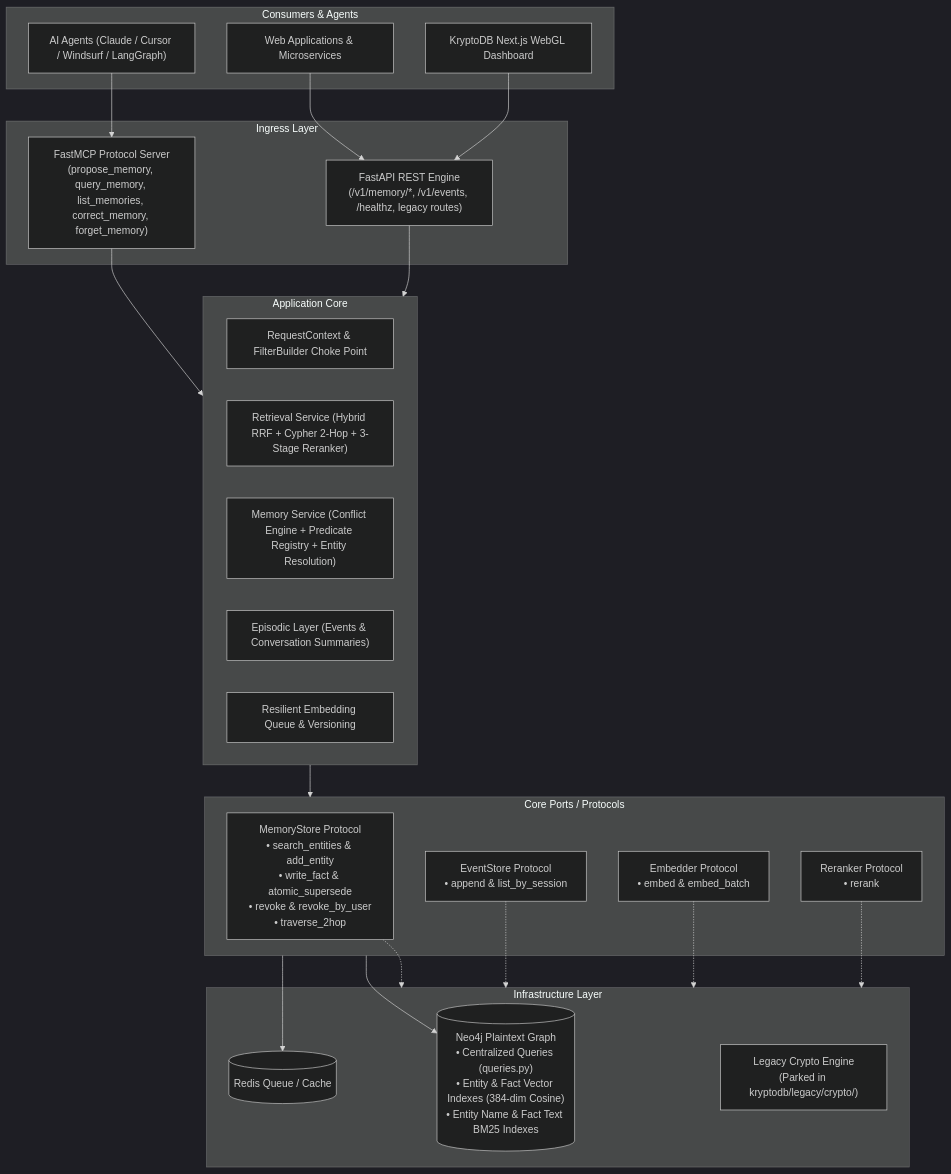
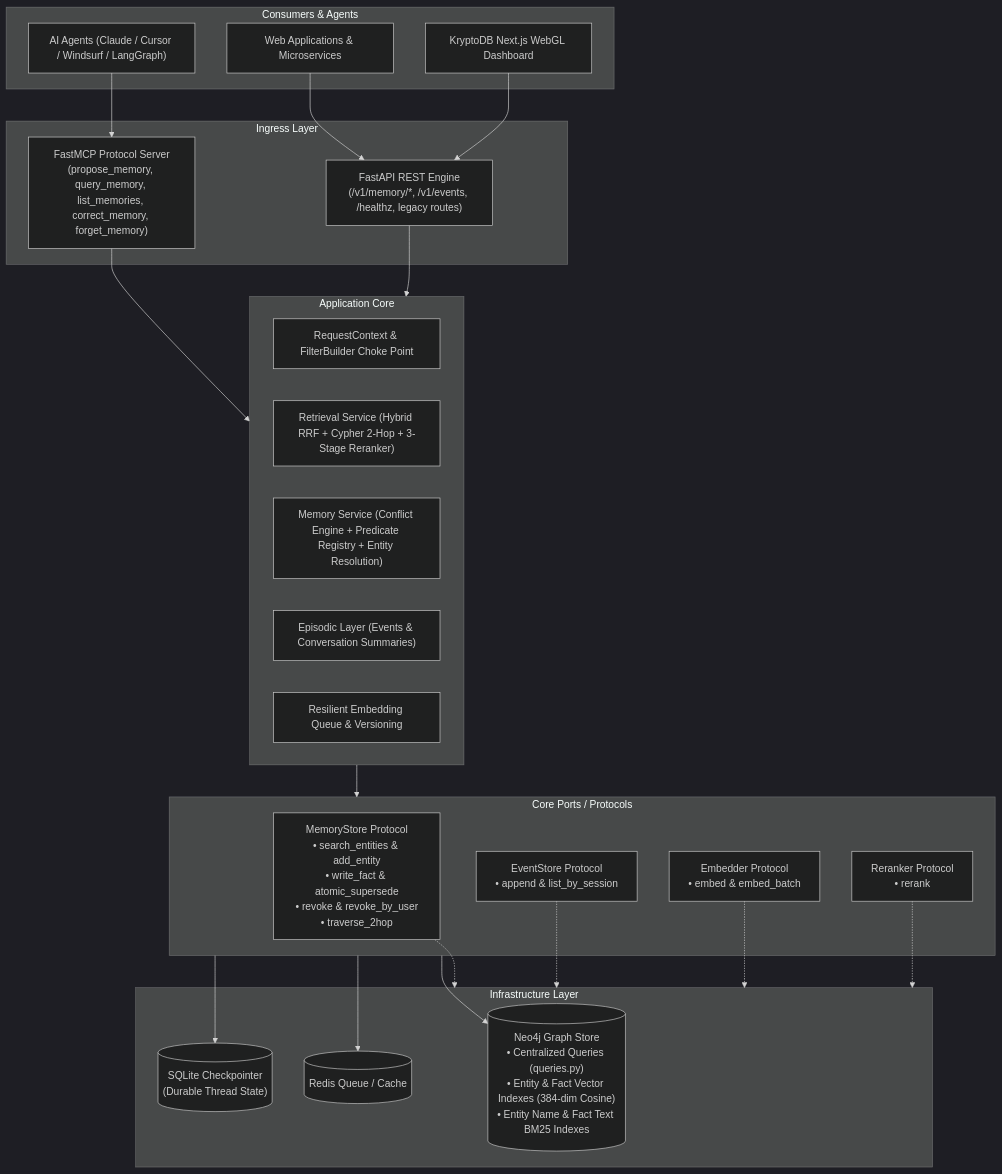
Before and after one commit to HarK-github/KryptoDB: the diagram in README.md, drawn with Mermaid (dark theme). The commit also changed other lines of this file and 3 other files, not shown here.

First line of the commit message:
docs: add comprehensive system architecture spec and complete file-by-file catalog

````diff
--- a/README.md
+++ b/README.md
@@ -47,50 +47,51 @@
 ```mermaid
 flowchart TD
     subgraph Consumers ["Consumers & Agents"]
         Agent_MCP["AI Agents (Claude / Cursor / Windsurf / LangGraph)"]
         Client_App["Web Applications & Microservices"]
         UI_Dash["KryptoDB Next.js WebGL Dashboard"]
     end
 
     subgraph Interfaces ["Ingress Layer"]
         MCP_Server["FastMCP Protocol Server<br/>(propose_memory, query_memory, list_memories, correct_memory, forget_memory)"]
         REST_API["FastAPI REST Engine<br/>(/v1/memory/*, /v1/events, /healthz, legacy routes)"]
     end
 
     subgraph Core ["Application Core"]
         Context["RequestContext & FilterBuilder Choke Point"]
         Ret_Svc["Retrieval Service (Hybrid RRF + Cypher 2-Hop + 3-Stage Reranker)"]
         Mem_Svc["Memory Service (Conflict Engine + Predicate Registry + Entity Resolution)"]
         Episodic_Svc["Episodic Layer (Events & Conversation Summaries)"]
         Embed_Svc["Resilient Embedding Queue & Versioning"]
     end
 
     subgraph Ports ["Core Ports / Protocols"]
         Port_Mem["MemoryStore Protocol<br/>• search_entities & add_entity<br/>• write_fact & atomic_supersede<br/>• revoke & revoke_by_user<br/>• traverse_2hop"]
         Port_Evt["EventStore Protocol<br/>• append & list_by_session"]
         Port_Emb["Embedder Protocol<br/>• embed & embed_batch"]
         Port_Rer["Reranker Protocol<br/>• rerank"]
     end
 
     subgraph Infrastructure ["Infrastructure Layer"]
-        Neo4j_DB[("Neo4j Plaintext Graph<br/>• Centralized Queries (queries.py)<br/>• Entity & Fact Vector Indexes (384-dim Cosine)<br/>• Entity Name & Fact Text BM25 Indexes")]
+        Neo4j_DB[("Neo4j Graph Store<br/>• Centralized Queries (queries.py)<br/>• Entity & Fact Vector Indexes (384-dim Cosine)<br/>• Entity Name & Fact Text BM25 Indexes")]
         Redis_DB[("Redis Queue / Cache")]
-        Legacy_Crypto["Legacy Crypto Engine<br/>(Parked in kryptodb/legacy/crypto/)"]
+        SQLite_DB[("SQLite Checkpointer<br/>(Durable Thread State)")]
     end
 
     Agent_MCP --> MCP_Server
     Client_App --> REST_API
     UI_Dash --> REST_API
 
     MCP_Server --> Core
     REST_API --> Core
 
     Core --> Ports
     Port_Mem -.-> Infrastructure
     Port_Evt -.-> Infrastructure
     Port_Emb -.-> Infrastructure
     Port_Rer -.-> Infrastructure
 
     Ports --> Neo4j_DB
     Ports --> Redis_DB
+    Ports --> SQLite_DB
 ```
````
